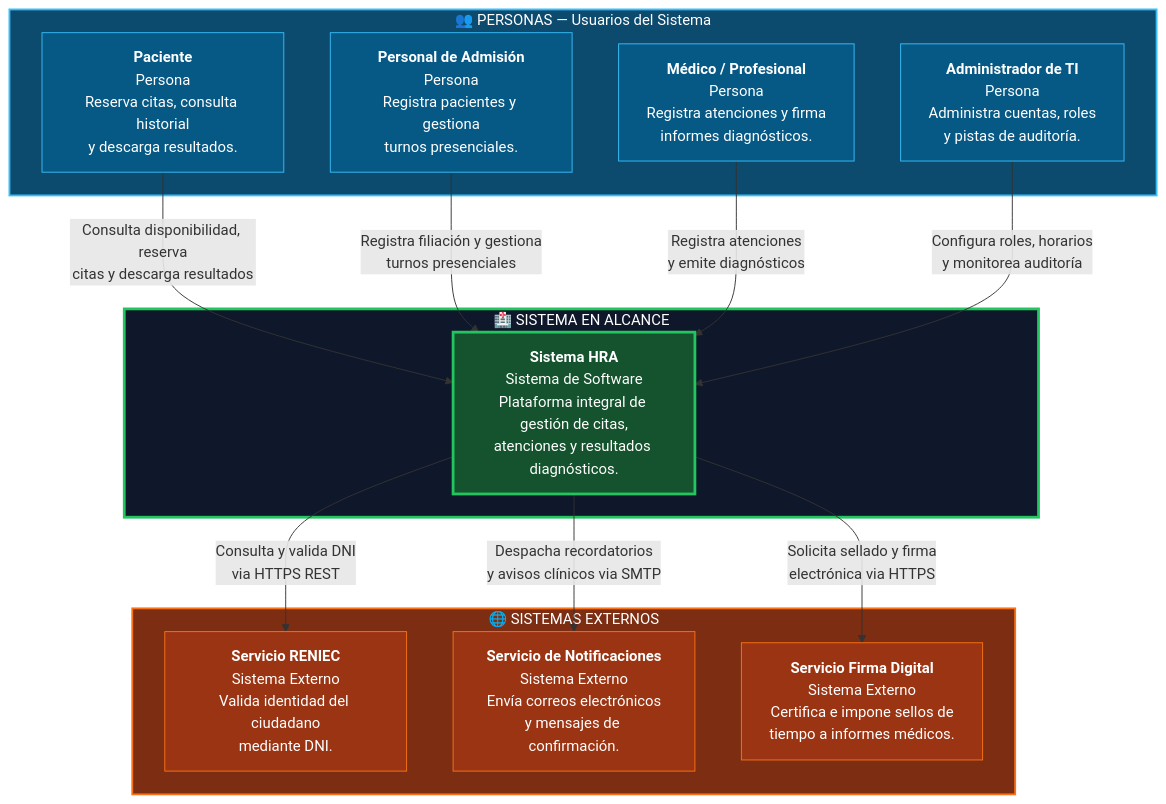
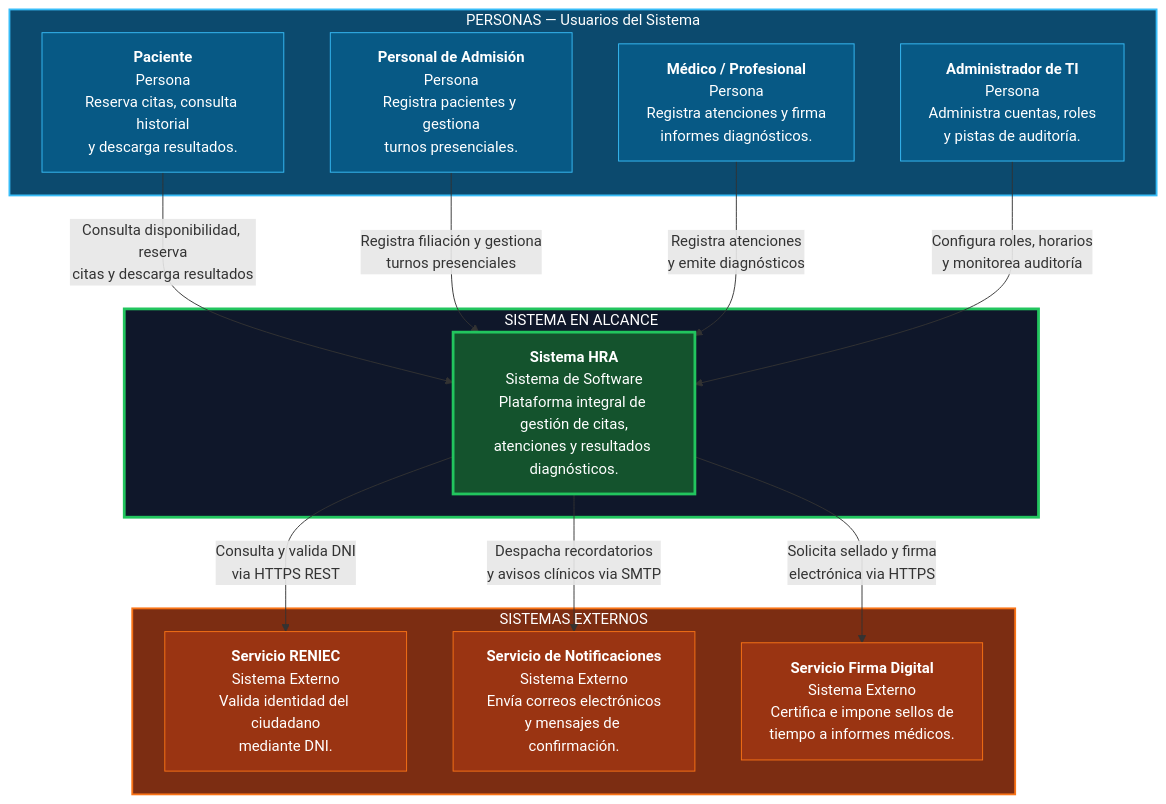
Before and after one commit to Pierrot-01/Proyecto_Hospital: the diagram in Docs/04-modelo-c4/Nivel1-DiagramadeContextodelSistema.md, drawn with Mermaid. The commit also changed 6 other files, not shown here.

Commit message:
feat(docs): eliminar redundancias entre carpetas, incorporar diagramas dedicados de patrones y componentes, y estilizar sin iconos

````diff
--- a/Docs/04-modelo-c4/Nivel1-DiagramadeContextodelSistema.md
+++ b/Docs/04-modelo-c4/Nivel1-DiagramadeContextodelSistema.md
@@ -25,49 +25,49 @@
 ```mermaid
 flowchart TD
 
 %% Personas
-subgraph PERSONAS["👥 PERSONAS — Usuarios del Sistema"]
+subgraph PERSONAS["PERSONAS — Usuarios del Sistema"]
     Paciente["<b>Paciente</b><br>Persona<br>Reserva citas, consulta historial<br>y descarga resultados."]
     Admision["<b>Personal de Admisión</b><br>Persona<br>Registra pacientes y gestiona<br>turnos presenciales."]
     Medico["<b>Médico / Profesional</b><br>Persona<br>Registra atenciones y firma<br>informes diagnósticos."]
     AdminTI["<b>Administrador de TI</b><br>Persona<br>Administra cuentas, roles<br>y pistas de auditoría."]
 end
 
 %% Sistema en alcance
-subgraph ALCANCE["🏥 SISTEMA EN ALCANCE"]
+subgraph ALCANCE["SISTEMA EN ALCANCE"]
     HRA["<b>Sistema HRA</b><br>Sistema de Software<br>Plataforma integral de gestión de citas,<br>atenciones y resultados diagnósticos."]
 end
 
 %% Sistemas externos
-subgraph EXTERNOS["🌐 SISTEMAS EXTERNOS"]
+subgraph EXTERNOS["SISTEMAS EXTERNOS"]
     RENIEC["<b>Servicio RENIEC</b><br>Sistema Externo<br>Valida identidad del ciudadano<br>mediante DNI."]
     Notificador["<b>Servicio de Notificaciones</b><br>Sistema Externo<br>Envía correos electrónicos<br>y mensajes de confirmación."]
     Firma["<b>Servicio Firma Digital</b><br>Sistema Externo<br>Certifica e impone sellos de<br>tiempo a informes médicos."]
 end
 
 %% Relaciones
 Paciente -->|"Consulta disponibilidad, reserva<br>citas y descarga resultados"| HRA
 Admision -->|"Registra filiación y gestiona<br>turnos presenciales"| HRA
 Medico -->|"Registra atenciones<br>y emite diagnósticos"| HRA
 AdminTI -->|"Configura roles, horarios<br>y monitorea auditoría"| HRA
 
 HRA -->|"Consulta y valida DNI<br>via HTTPS REST"| RENIEC
 HRA -->|"Despacha recordatorios<br>y avisos clínicos via SMTP"| Notificador
 HRA -->|"Solicita sellado y firma<br>electrónica via HTTPS"| Firma
 
 %% Estilos — azul para personas, verde para sistema, naranja para externos
 style PERSONAS fill:#0c4a6e,stroke:#38bdf8,stroke-width:2px,color:#fff
 style ALCANCE fill:#0f172a,stroke:#22c55e,stroke-width:3px,color:#fff
 style EXTERNOS fill:#7c2d12,stroke:#f97316,stroke-width:2px,color:#fff
 
 style Paciente fill:#075985,stroke:#38bdf8,color:#fff
 style Admision fill:#075985,stroke:#38bdf8,color:#fff
 style Medico fill:#075985,stroke:#38bdf8,color:#fff
 style AdminTI fill:#075985,stroke:#38bdf8,color:#fff
 
 style HRA fill:#14532d,stroke:#22c55e,stroke-width:3px,color:#fff
 
 style RENIEC fill:#9a3412,stroke:#f97316,color:#fff
 style Notificador fill:#9a3412,stroke:#f97316,color:#fff
 style Firma fill:#9a3412,stroke:#f97316,color:#fff
 ```
````
